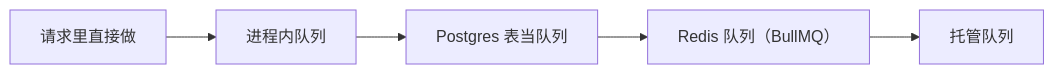
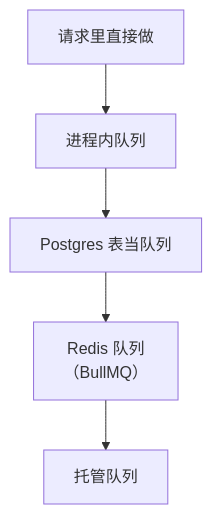
One commit to jarvis-pro/hatch-shelf changed the first of 2 diagrams in books/system-design/04-queues-jobs.md. Above: the diagram before and after it, drawn with Mermaid. The commit also changed 432 other files, not shown here.

````diff
--- a/books/system-design/04-queues-jobs.md
+++ b/books/system-design/04-queues-jobs.md
@@ -19,7 +19,7 @@
 ```mermaid
-flowchart LR
+flowchart TD
   A[请求里直接做] --> B[进程内队列]
   B --> C[Postgres 表当队列]
-  C --> D["Redis 队列（BullMQ）"]
+  C --> D["Redis 队列<br/>（BullMQ）"]
   D --> E[托管队列]
 ```
````
